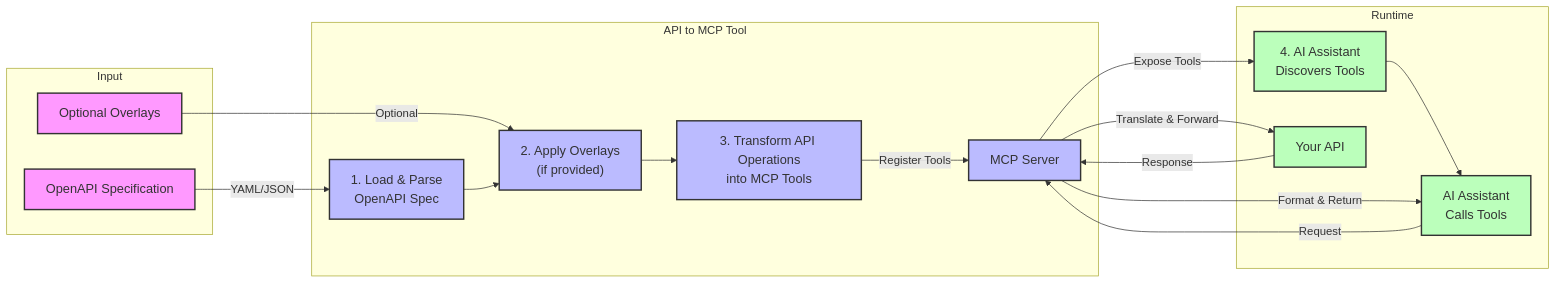
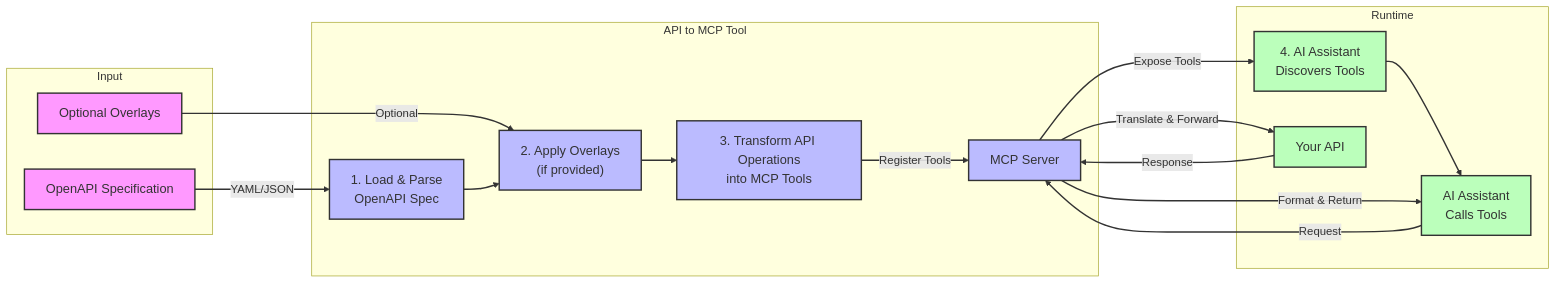
One commit to TykTechnologies/tyk-docs-hugo changed the second of 3 diagrams in tyk-docs/content/ai-management/mcps/api-to-mcp.md. Above: the diagram before and after it, drawn with Mermaid. The commit also changed other lines of this file, not shown here.

````diff
--- a/tyk-docs/content/ai-management/mcps/api-to-mcp.md
+++ b/tyk-docs/content/ai-management/mcps/api-to-mcp.md
@@ -98,40 +98,42 @@
 ```mermaid
 flowchart LR
     subgraph "Input"
         A["OpenAPI Specification"]
         B["Optional Overlays"]
     end
 
     subgraph "API to MCP Tool"
         C["1. Load & Parse<br>OpenAPI Spec"]
         D["2. Apply Overlays<br>(if provided)"]
         E["3. Transform API Operations<br>into MCP Tools"]
         F["MCP Server"]
     end
 
     subgraph "Runtime"
         G["4. AI Assistant<br>Discovers Tools"]
         H["AI Assistant<br>Calls Tools"]
         I["Your API"]
     end
 
     A -->|YAML/JSON| C
     B -->|Optional| D
     C --> D
     D --> E
     E -->|Register Tools| F
     F -->|Expose Tools| G
     G --> H
     H -->|Request| F
     F -->|Translate & Forward| I
     I -->|Response| F
     F -->|Format & Return| H
 
     classDef input fill:#f9f,stroke:#333,stroke-width:2px,font-size:18px;
     classDef tool fill:#bbf,stroke:#333,stroke-width:2px,font-size:18px;
     classDef runtime fill:#bfb,stroke:#333,stroke-width:2px,font-size:18px;
     
     class A,B input;
     class C,D,E,F tool;
     class G,H,I runtime;
+
+linkStyle default stroke-width:2px
 ```
````
